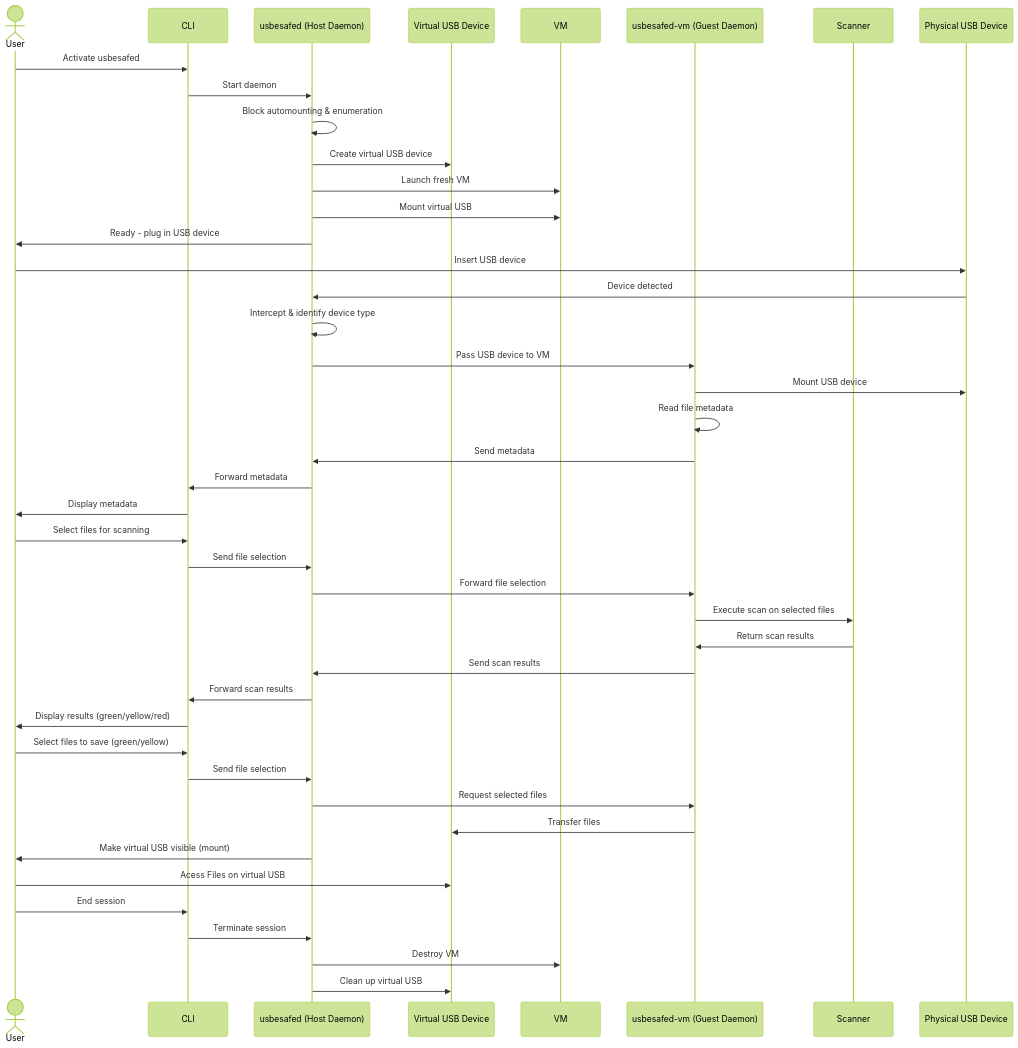
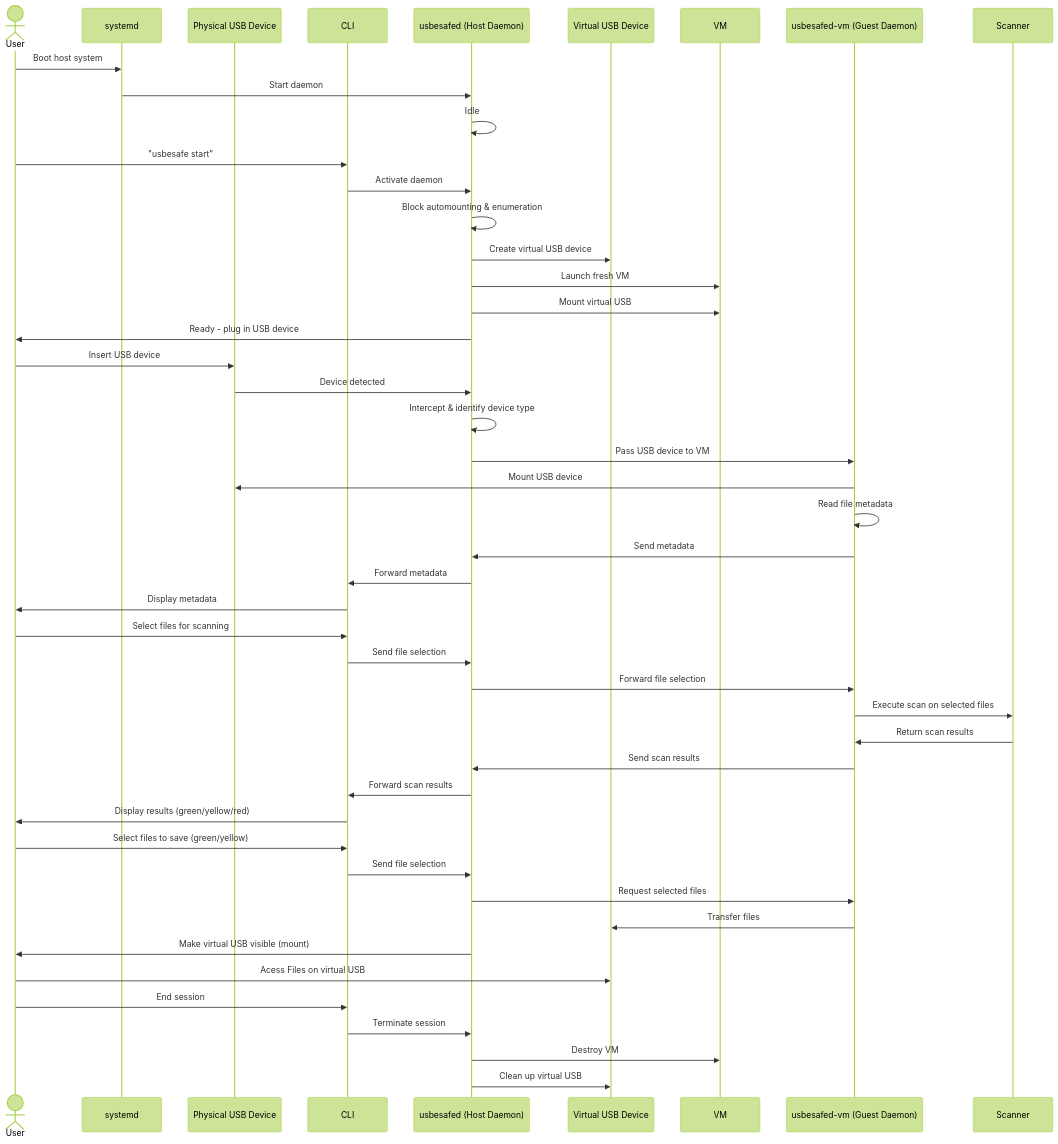
The diagram in docs/Requirements_Specification.md (Katric/USBeSafe), drawn with Mermaid (forest theme) before and after one commit.

Commit message:
moved daemon start to systemd

````diff
--- a/docs/Requirements_Specification.md
+++ b/docs/Requirements_Specification.md
@@ -33,51 +33,55 @@
 ```mermaid
 sequenceDiagram
     actor User
+    participant systemd
+    participant PhysicalUSB as Physical USB Device
     participant CLI
     participant usbesafed as usbesafed (Host Daemon)
     participant vUSB as Virtual USB Device
     participant VM
     participant usbesafed-vm as usbesafed-vm (Guest Daemon)
     participant Scanner
-    participant PhysicalUSB as Physical USB Device
 
-    User->>CLI: Activate usbesafed
-    CLI->>usbesafed: Start daemon
+    User ->>systemd: Boot host system
+    systemd ->> usbesafed: Start daemon
+    usbesafed ->> usbesafed: Idle  
+    User->>CLI: "usbesafe start"
+    CLI->>usbesafed: Activate daemon
     usbesafed->>usbesafed: Block automounting & enumeration
     usbesafed->>vUSB: Create virtual USB device
     usbesafed->>VM: Launch fresh VM
     usbesafed->>VM: Mount virtual USB
     usbesafed->>User: Ready - plug in USB device
     
     User->>PhysicalUSB: Insert USB device
     PhysicalUSB->>usbesafed: Device detected
     usbesafed->>usbesafed: Intercept & identify device type
     usbesafed->>usbesafed-vm: Pass USB device to VM
     usbesafed-vm->>PhysicalUSB: Mount USB device
     
     usbesafed-vm->>usbesafed-vm: Read file metadata
     usbesafed-vm->>usbesafed: Send metadata
     usbesafed->>CLI: Forward metadata
     CLI->>User: Display metadata
     
     User->>CLI: Select files for scanning
     CLI->>usbesafed: Send file selection
     usbesafed->>usbesafed-vm: Forward file selection
     usbesafed-vm->>Scanner: Execute scan on selected files
     Scanner->>usbesafed-vm: Return scan results
     usbesafed-vm->>usbesafed: Send scan results
     usbesafed->>CLI: Forward scan results
     CLI->>User: Display results (green/yellow/red)
     
     User->>CLI: Select files to save (green/yellow)
     CLI->>usbesafed: Send file selection
     usbesafed->>usbesafed-vm: Request selected files
     usbesafed-vm->>vUSB: Transfer files
     usbesafed->>User: Make virtual USB visible (mount)
     User->>vUSB: Acess Files on virtual USB
     
     User->>CLI: End session
     CLI->>usbesafed: Terminate session
     usbesafed->>VM: Destroy VM
     usbesafed->>vUSB: Clean up virtual USB
 ```
````
